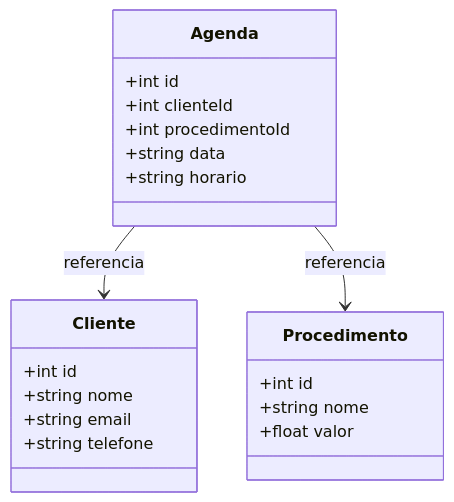
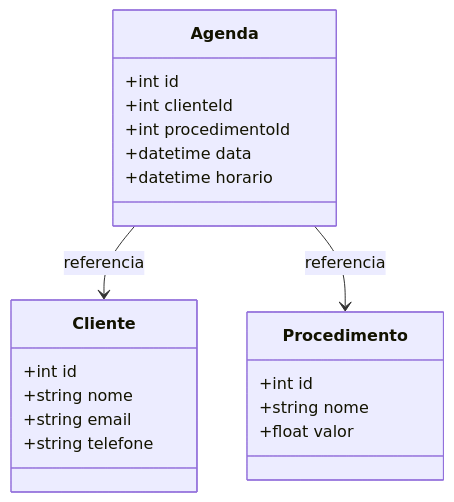
One commit to ronisdesousa/prj-java changed the diagram in agenda/README.md. Above: the diagram before and after it, drawn with Mermaid.

````diff
--- a/agenda/README.md
+++ b/agenda/README.md
@@ -6,26 +6,26 @@
 ```mermaid
 classDiagram
     class Cliente {
         +int id
         +string nome
         +string email
         +string telefone
     }
 
     class Procedimento {
         +int id
         +string nome
         +float valor
     }
 
     class Agenda {
         +int id
         +int clienteId
         +int procedimentoId
-        +string data
-        +string horario
+        +datetime data
+        +datetime horario
     }
 
     Agenda --> Cliente : referencia
     Agenda --> Procedimento : referencia
 ```
````
